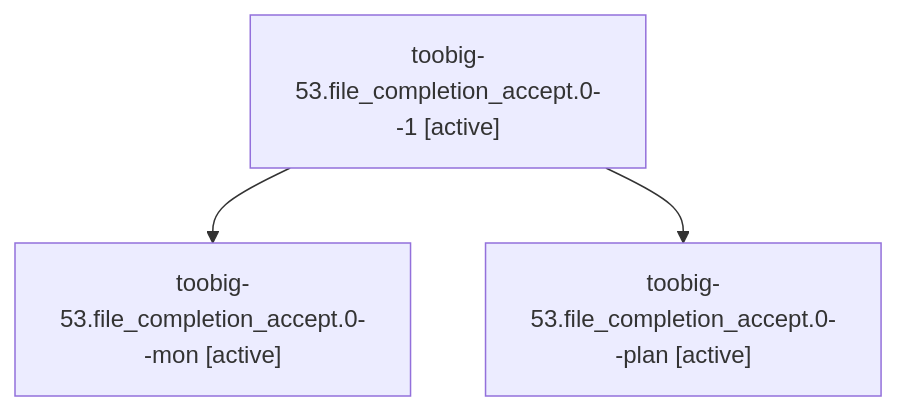
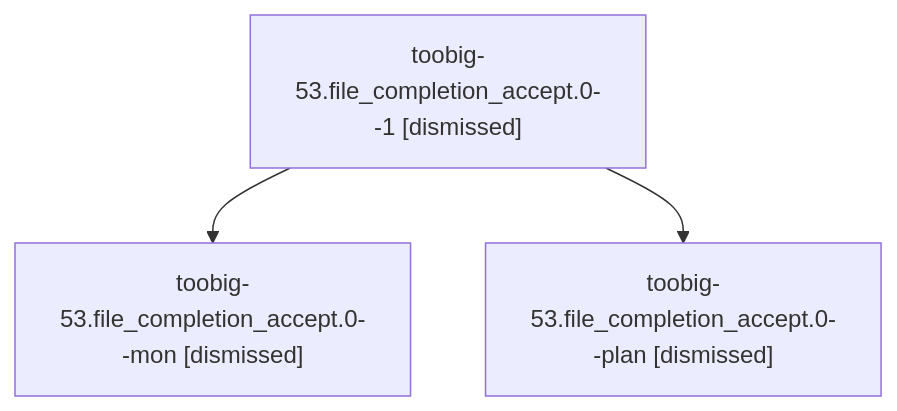
The diagram in sessions/bbugyi200.athena.toobig-53.file_completion_accept.0.md (sase-org/sase--agents), drawn with Mermaid before and after one commit. The commit also changed other lines of this file and 101 other files, not shown here.

````diff
--- a/sessions/bbugyi200.athena.toobig-53.file_completion_accept.0.md
+++ b/sessions/bbugyi200.athena.toobig-53.file_completion_accept.0.md
@@ -9,8 +9,8 @@
 ```mermaid
 flowchart TD
-  n0["toobig-53.file_completion_accept.0--1 [active]"]
-  n1["toobig-53.file_completion_accept.0--mon [active]"]
+  n0["toobig-53.file_completion_accept.0--1 [dismissed]"]
+  n1["toobig-53.file_completion_accept.0--mon [dismissed]"]
   n0 --> n1
-  n2["toobig-53.file_completion_accept.0--plan [active]"]
+  n2["toobig-53.file_completion_accept.0--plan [dismissed]"]
   n0 --> n2
 ```
````
